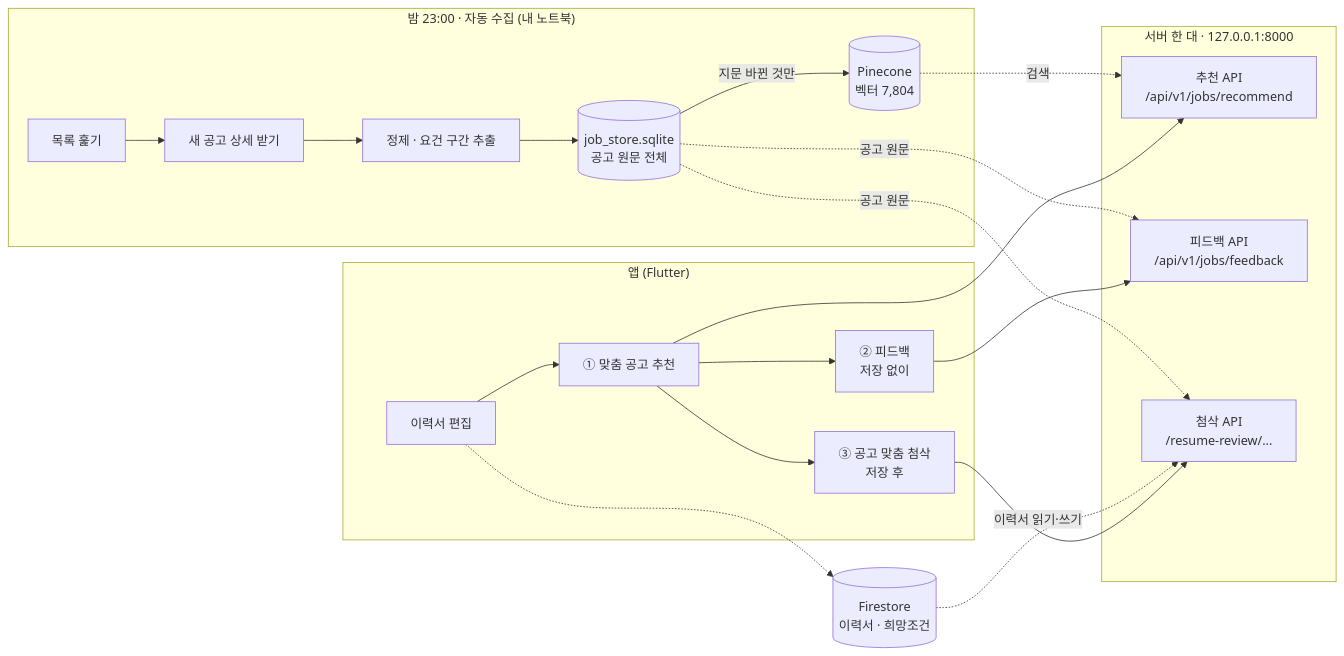
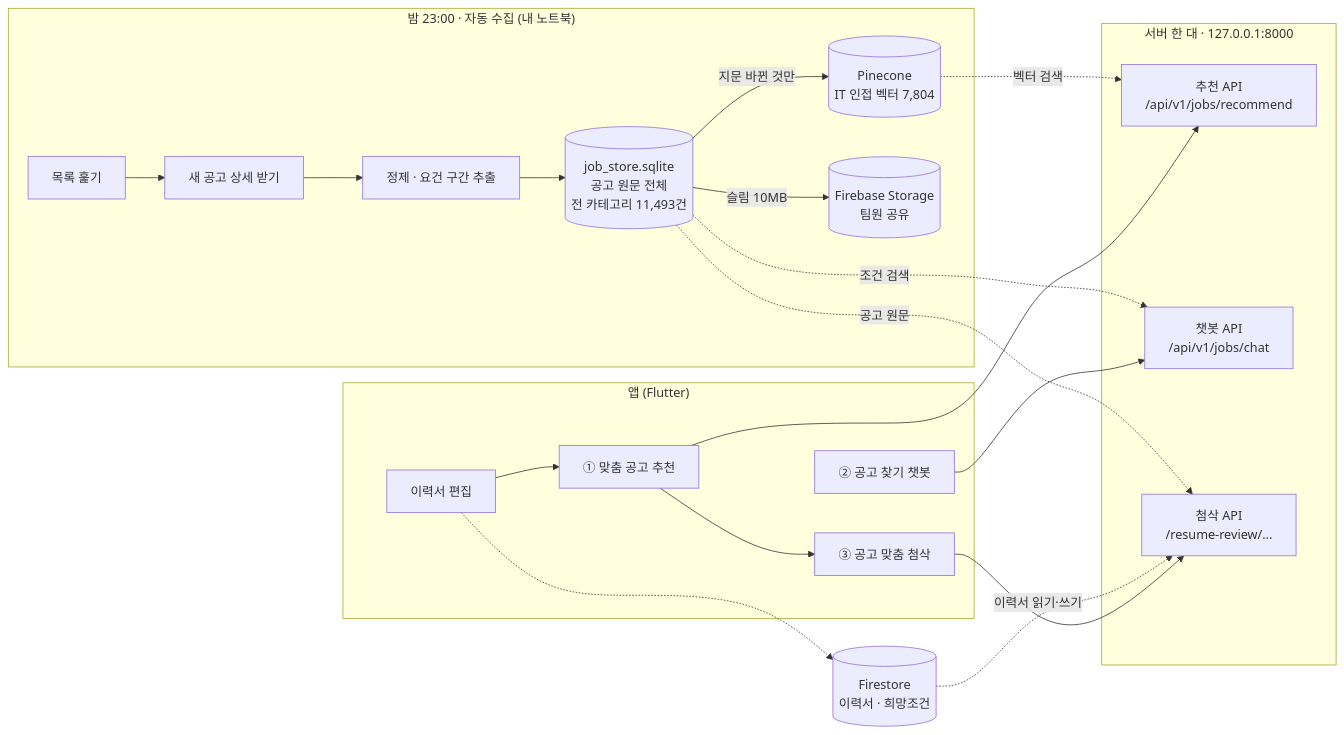
Before and after one commit to SKNETWORKS-FAMILY-AICAMP/SKN34-3rd-2Team: the diagram in job_matching_bot/docs/graphs/6_system.mmd, drawn with Mermaid. The commit also changed 1 other file, not shown here.

```diff
--- a/job_matching_bot/docs/graphs/6_system.mmd
+++ b/job_matching_bot/docs/graphs/6_system.mmd
@@ -1,26 +1,27 @@
 flowchart LR
   subgraph NIGHT["밤 23:00 · 자동 수집 (내 노트북)"]
     C1["목록 훑기"] --> C2["새 공고 상세 받기"]
     C2 --> C3["정제 · 요건 구간 추출"]
-    C3 --> DB[("job_store.sqlite<br>공고 원문 전체")]
-    DB -->|"지문 바뀐 것만"| PC[("Pinecone<br>벡터 7,804")]
+    C3 --> DB[("job_store.sqlite<br>공고 원문 전체<br>전 카테고리 11,493건")]
+    DB -->|"지문 바뀐 것만"| PC[("Pinecone<br>IT 인접 벡터 7,804")]
+    DB -->|"슬림 10MB"| ST[("Firebase Storage<br>팀원 공유")]
   end
   subgraph SERVER["서버 한 대 · 127.0.0.1:8000"]
     R["추천 API<br>/api/v1/jobs/recommend"]
-    F["피드백 API<br>/api/v1/jobs/feedback"]
+    F["챗봇 API<br>/api/v1/jobs/chat"]
     V["첨삭 API<br>/resume-review/..."]
   end
   subgraph APP["앱 (Flutter)"]
     A1["이력서 편집"] --> A2["① 맞춤 공고 추천"]
-    A2 --> A3["② 피드백<br>저장 없이"]
-    A2 --> A4["③ 공고 맞춤 첨삭<br>저장 후"]
+    A0["② 공고 찾기 챗봇"]
+    A2 --> A4["③ 공고 맞춤 첨삭"]
   end
   FS[("Firestore<br>이력서 · 희망조건")]
-  PC -.->|검색| R
-  DB -.->|공고 원문| F
+  PC -.->|벡터 검색| R
+  DB -.->|조건 검색| F
   DB -.->|공고 원문| V
   FS -.->|이력서 읽기·쓰기| V
   A2 --> R
-  A3 --> F
+  A0 --> F
   A4 --> V
   A1 -.-> FS
```
